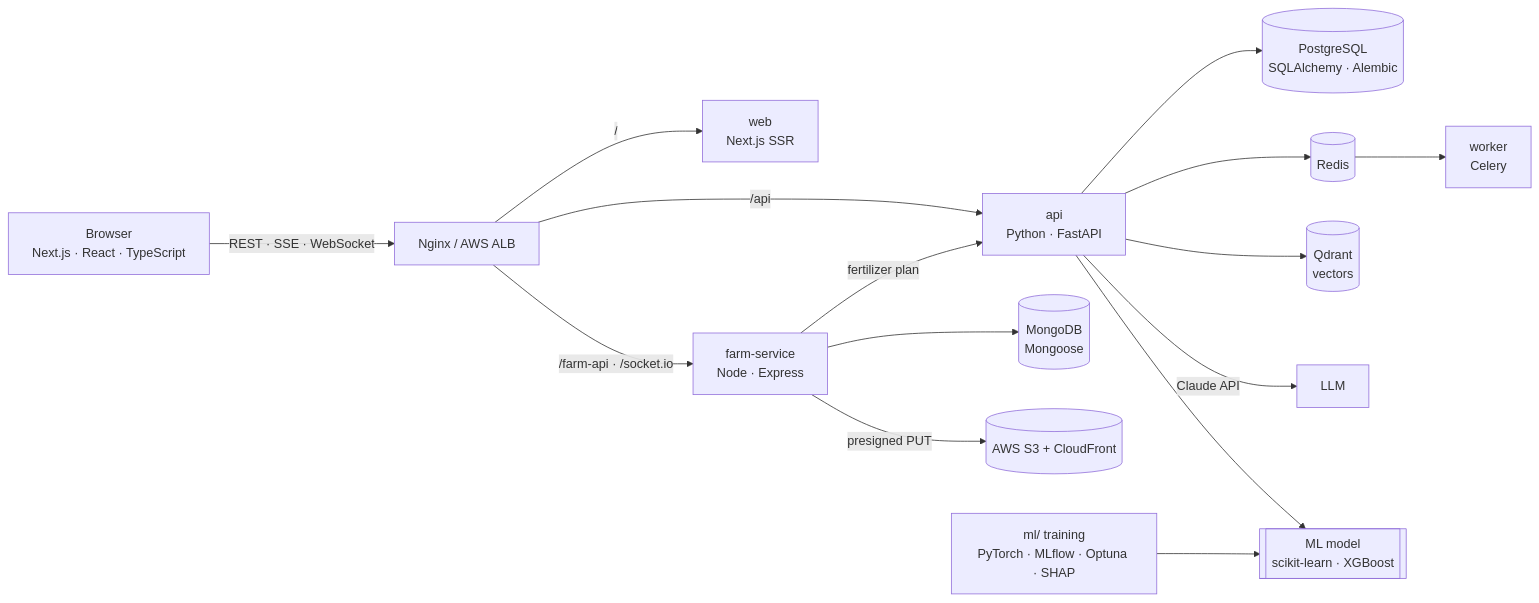
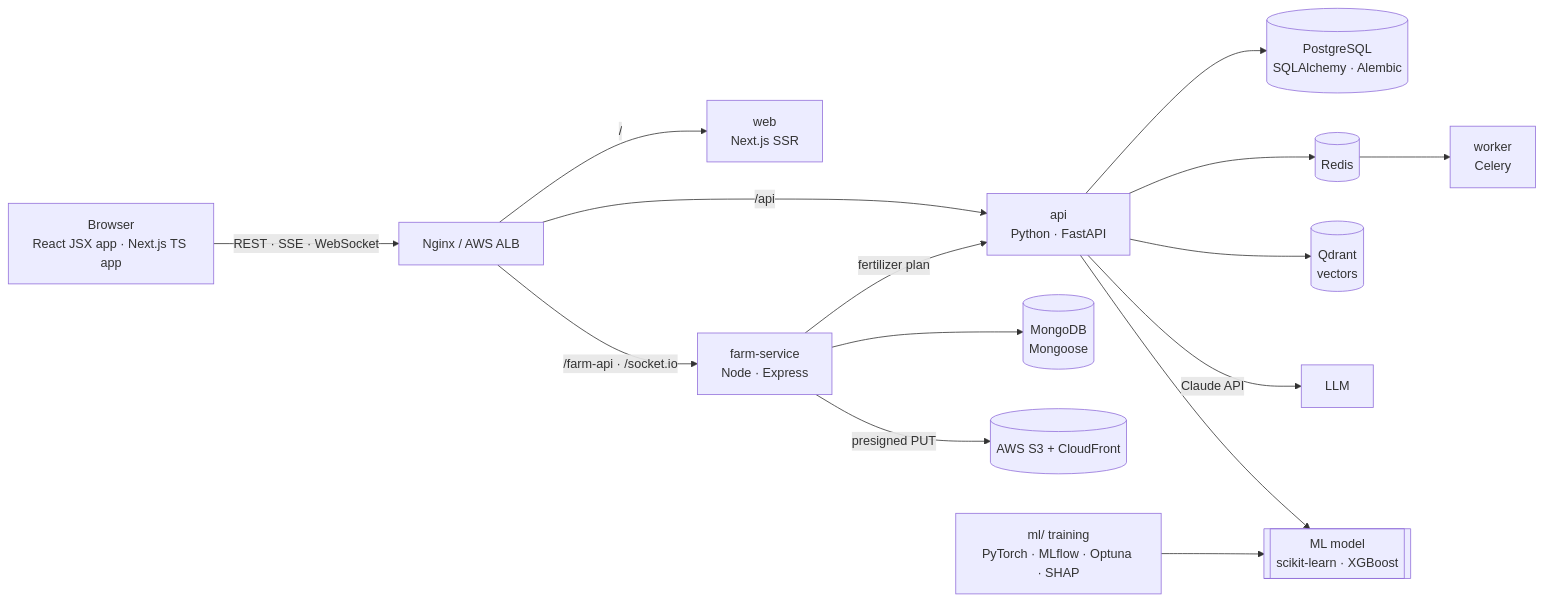
Before and after one commit to Aamiruem/Agricultural-Production-Optimization: the diagram in README.md, drawn with Mermaid. The commit also changed other lines of this file and 7 other files, not shown here.

First line of the commit message:
Add Docker, CI and docs for the React (JSX) app

````diff
--- a/README.md
+++ b/README.md
@@ -8,16 +8,16 @@
 ```mermaid
 flowchart LR
-  B[Browser<br/>Next.js · React · TypeScript] -->|REST · SSE · WebSocket| N[Nginx / AWS ALB]
+  B[Browser<br/>React JSX app · Next.js TS app] -->|REST · SSE · WebSocket| N[Nginx / AWS ALB]
   N -->|/| W[web<br/>Next.js SSR]
   N -->|/api| A[api<br/>Python · FastAPI]
   N -->|/farm-api · /socket.io| F[farm-service<br/>Node · Express]
   A --> PG[(PostgreSQL<br/>SQLAlchemy · Alembic)]
   A --> R[(Redis)] --> C[worker<br/>Celery]
   A --> Q[(Qdrant<br/>vectors)]
   A -->|Claude API| L[LLM]
   A --> M[[ML model<br/>scikit-learn · XGBoost]]
   F --> MG[(MongoDB<br/>Mongoose)]
   F -->|presigned PUT| S3[(AWS S3 + CloudFront)]
   F -->|fertilizer plan| A
   T[ml/ training<br/>PyTorch · MLflow · Optuna · SHAP] --> M
 ```
````
